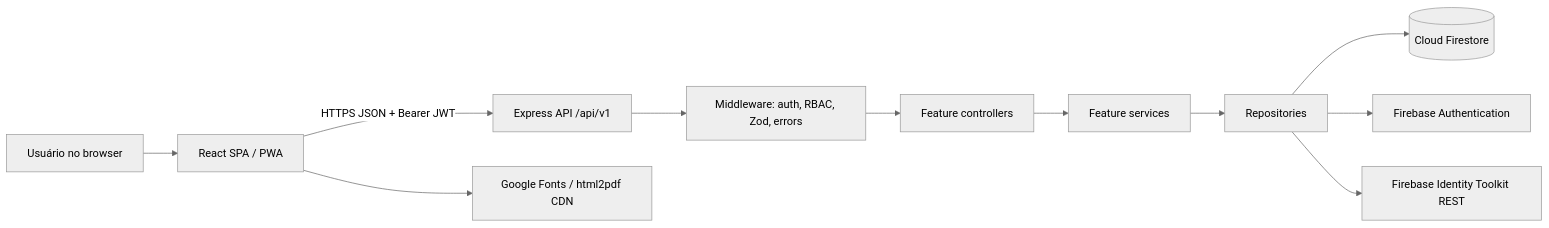
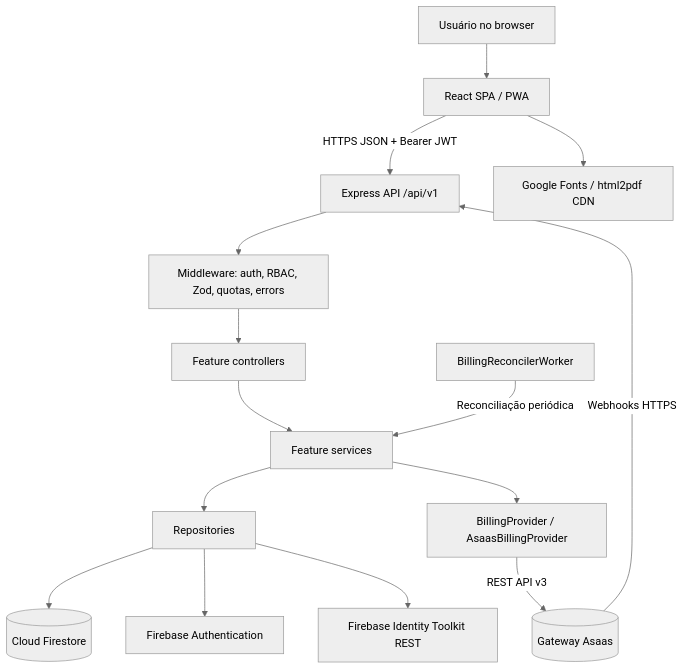
Before and after one commit to henriquecesarth/praise-app: the diagram in docs/architecture/overview.md, drawn with Mermaid (neutral theme). The commit also changed other lines of this file and 12 other files, not shown here.

Commit message:
docs: align LouvAIO harness with current architecture

```diff
--- a/docs/architecture/overview.md
+++ b/docs/architecture/overview.md
@@ -11,13 +11,17 @@
 ~~~mermaid
-flowchart LR
+flowchart TD
     U[Usuário no browser] --> W[React SPA / PWA]
     W -->|HTTPS JSON + Bearer JWT| A[Express API /api/v1]
-    A --> M[Middleware: auth, RBAC, Zod, errors]
+    A --> M[Middleware: auth, RBAC, Zod, quotas, errors]
     M --> C[Feature controllers]
     C --> S[Feature services]
     S --> R[Repositories]
+    S --> BP[BillingProvider / AsaasBillingProvider]
+    BP -->|REST API v3| Asaas[(Gateway Asaas)]
+    Asaas -->|Webhooks HTTPS| A
     R --> F[(Cloud Firestore)]
     R --> FA[Firebase Authentication]
     R --> IT[Firebase Identity Toolkit REST]
     W --> CDN[Google Fonts / html2pdf CDN]
+    BRW[BillingReconcilerWorker] -->|Reconciliação periódica| S
 ~~~
```
